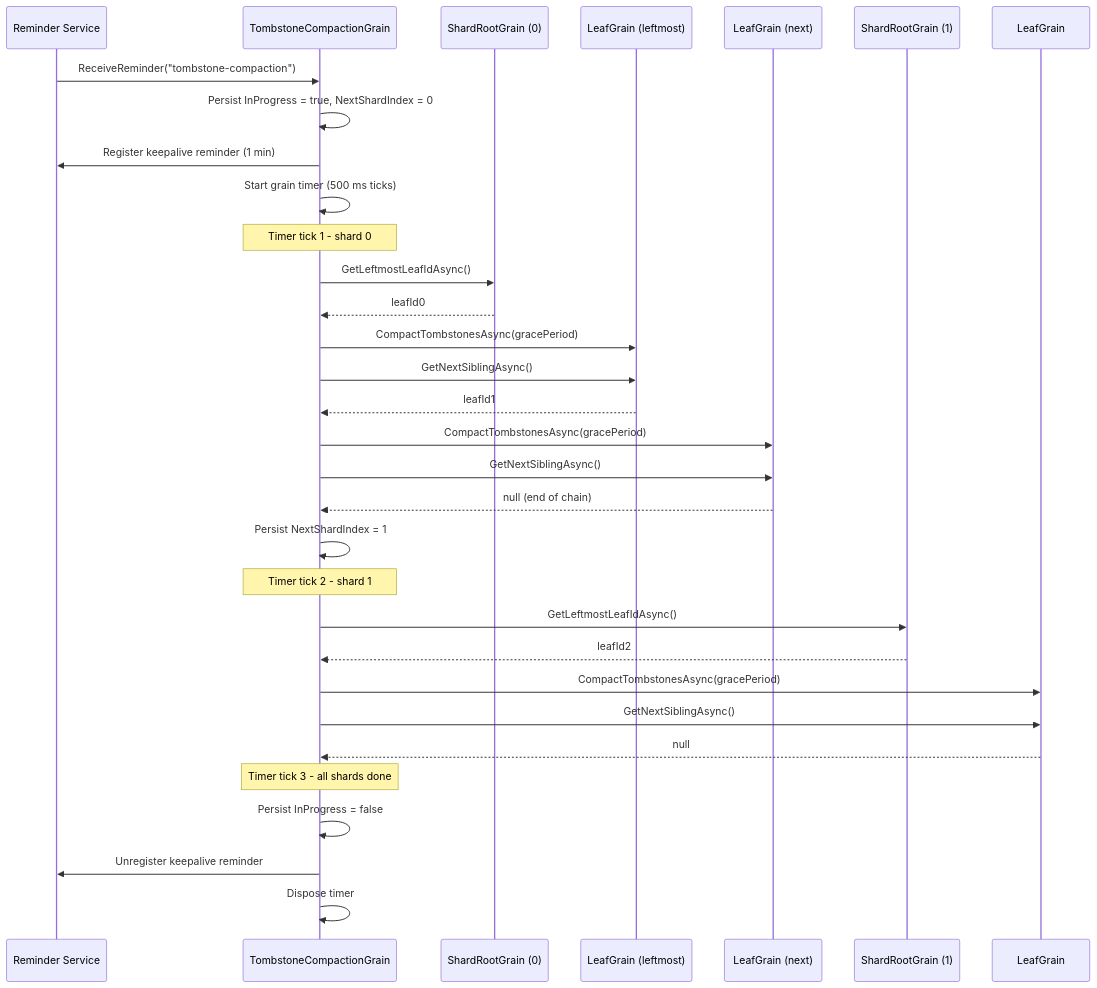
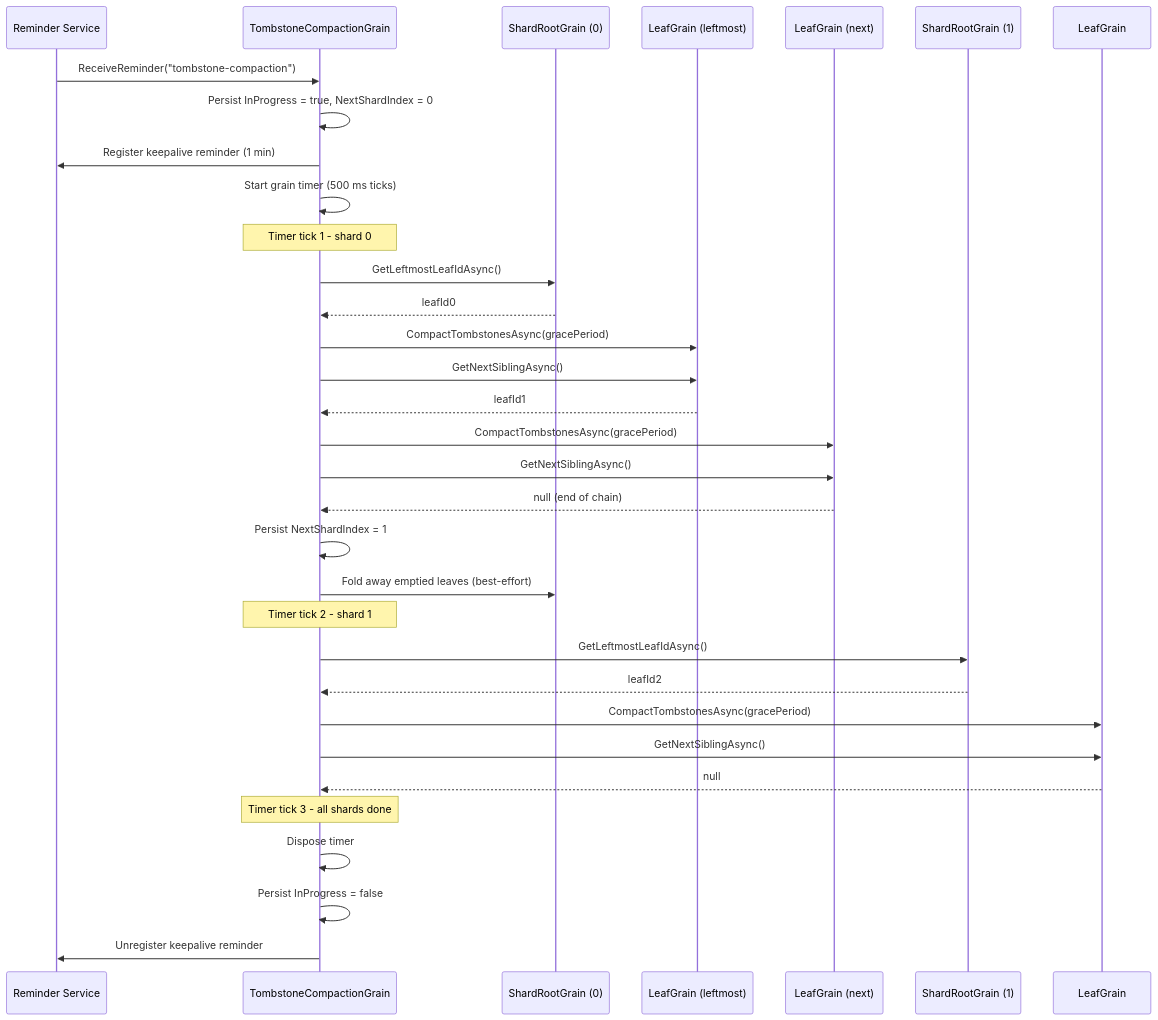
Before and after one commit to NSTA1/Orleans.Lattice: the diagram in docs/lattice/tombstone-compaction.md, drawn with Mermaid. The commit also changed other lines of this file and 448 other files, not shown here.

````diff
--- a/docs/lattice/tombstone-compaction.md
+++ b/docs/lattice/tombstone-compaction.md
@@ -27,38 +28,39 @@
 ```mermaid
 sequenceDiagram
     participant R as Reminder Service
     participant C as TombstoneCompactionGrain
     participant S0 as ShardRootGrain (0)
     participant L0 as LeafGrain (leftmost)
     participant L1 as LeafGrain (next)
     participant S1 as ShardRootGrain (1)
     participant L2 as LeafGrain
 
     R->>C: ReceiveReminder("tombstone-compaction")
     C->>C: Persist InProgress = true, NextShardIndex = 0
     C->>R: Register keepalive reminder (1 min)
     C->>C: Start grain timer (500 ms ticks)
 
     Note over C: Timer tick 1 - shard 0
     C->>S0: GetLeftmostLeafIdAsync()
     S0-->>C: leafId0
     C->>L0: CompactTombstonesAsync(gracePeriod)
     C->>L0: GetNextSiblingAsync()
     L0-->>C: leafId1
     C->>L1: CompactTombstonesAsync(gracePeriod)
     C->>L1: GetNextSiblingAsync()
     L1-->>C: null (end of chain)
     C->>C: Persist NextShardIndex = 1
+    C->>S0: Fold away emptied leaves (best-effort)
 
     Note over C: Timer tick 2 - shard 1
     C->>S1: GetLeftmostLeafIdAsync()
     S1-->>C: leafId2
     C->>L2: CompactTombstonesAsync(gracePeriod)
     C->>L2: GetNextSiblingAsync()
     L2-->>C: null
 
     Note over C: Timer tick 3 - all shards done
+    C->>C: Dispose timer
     C->>C: Persist InProgress = false
     C->>R: Unregister keepalive reminder
-    C->>C: Dispose timer
 ```
````
